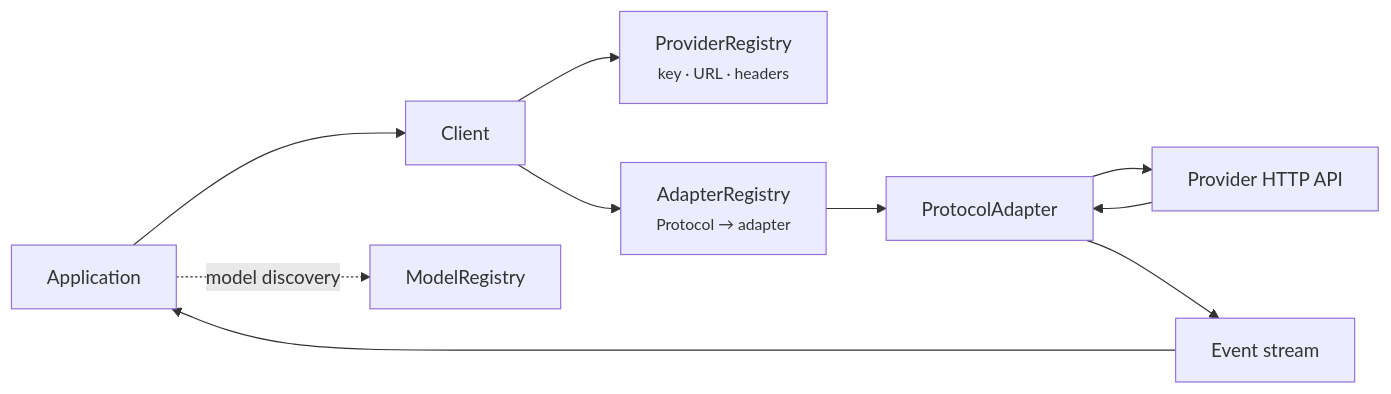
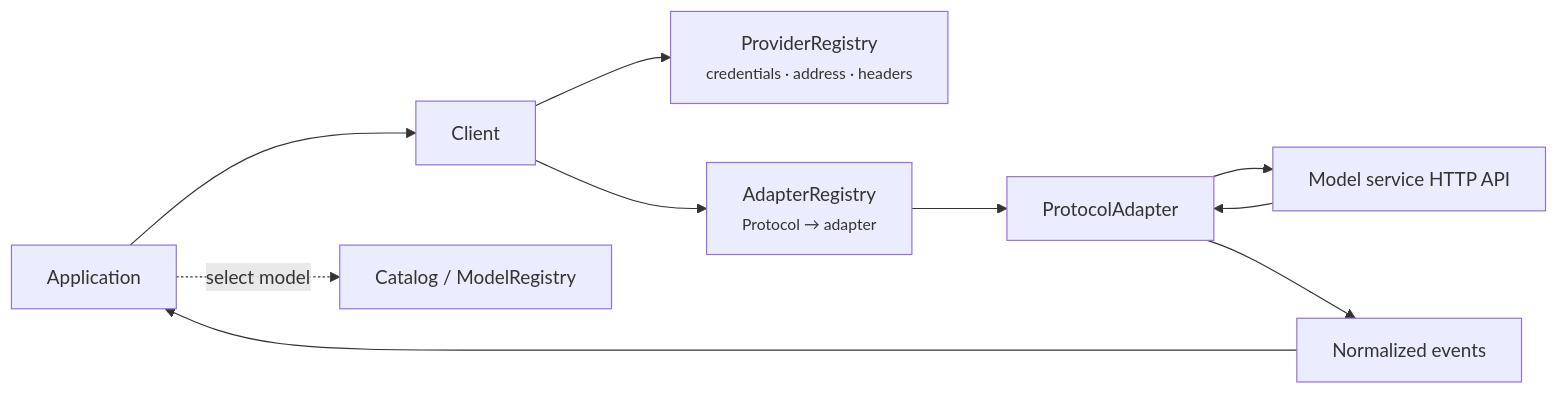
The first of 2 diagrams in docs/llm/developer-guide.md (ktsoator/or), drawn with Mermaid before and after one commit. The commit also changed other lines of this file and 68 other files, not shown here.

````diff
--- a/docs/llm/developer-guide.md
+++ b/docs/llm/developer-guide.md
@@ -53,10 +46,10 @@
 ```mermaid
 flowchart LR
     app["Application"] --> client["Client"]
-    client --> providers["ProviderRegistry<br/><small>key · URL · headers</small>"]
+    app -. "select model" .-> models["Catalog / ModelRegistry"]
+    client --> providers["ProviderRegistry<br/><small>credentials · address · headers</small>"]
     client --> adapters["AdapterRegistry<br/><small>Protocol → adapter</small>"]
-    app -. model discovery .-> models["ModelRegistry"]
     adapters --> adapter["ProtocolAdapter"]
-    adapter --> provider["Provider HTTP API"]
-    provider --> adapter --> events["Event stream"] --> app
+    adapter --> service["Model service HTTP API"]
+    service --> adapter --> events["Normalized events"] --> app
 ```
````
